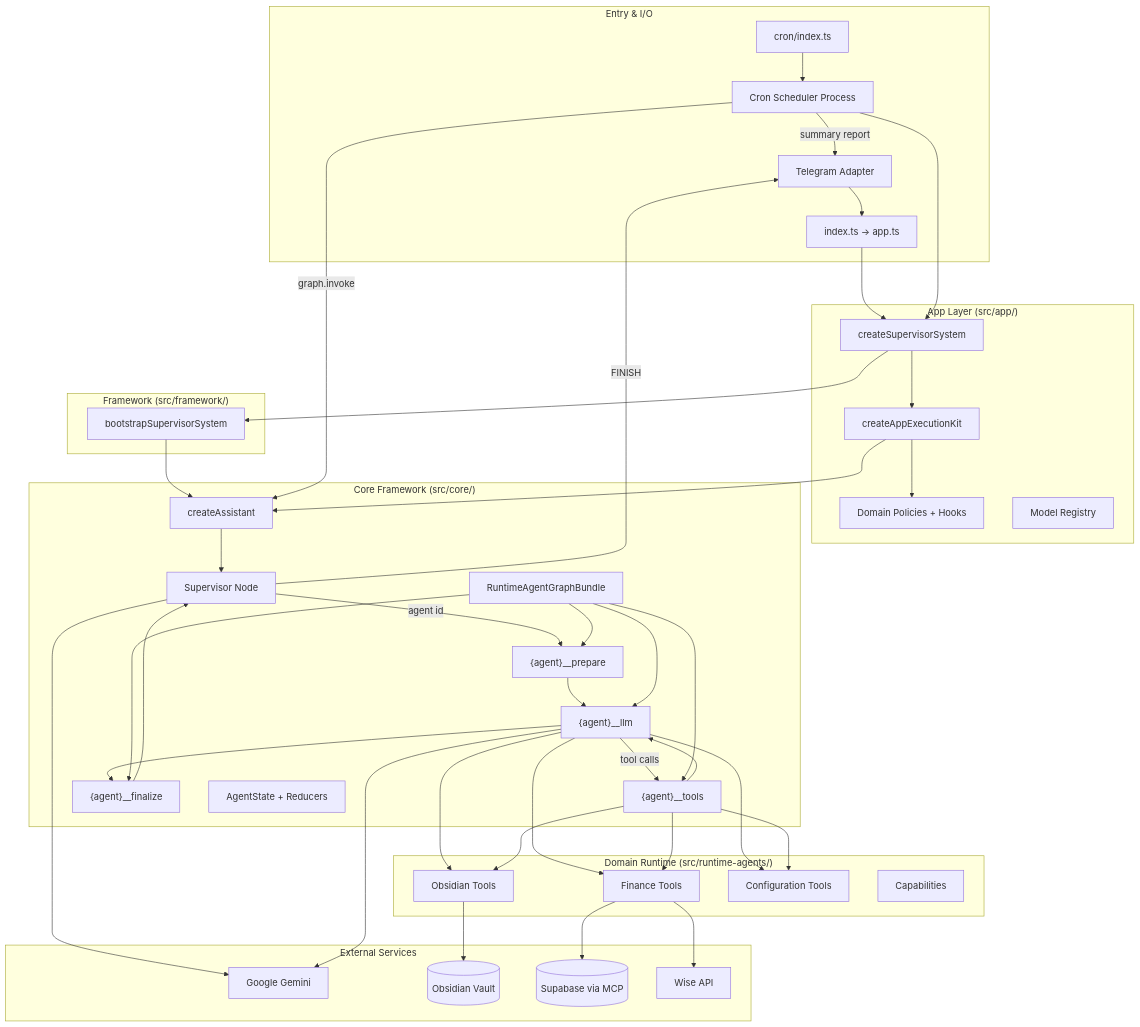
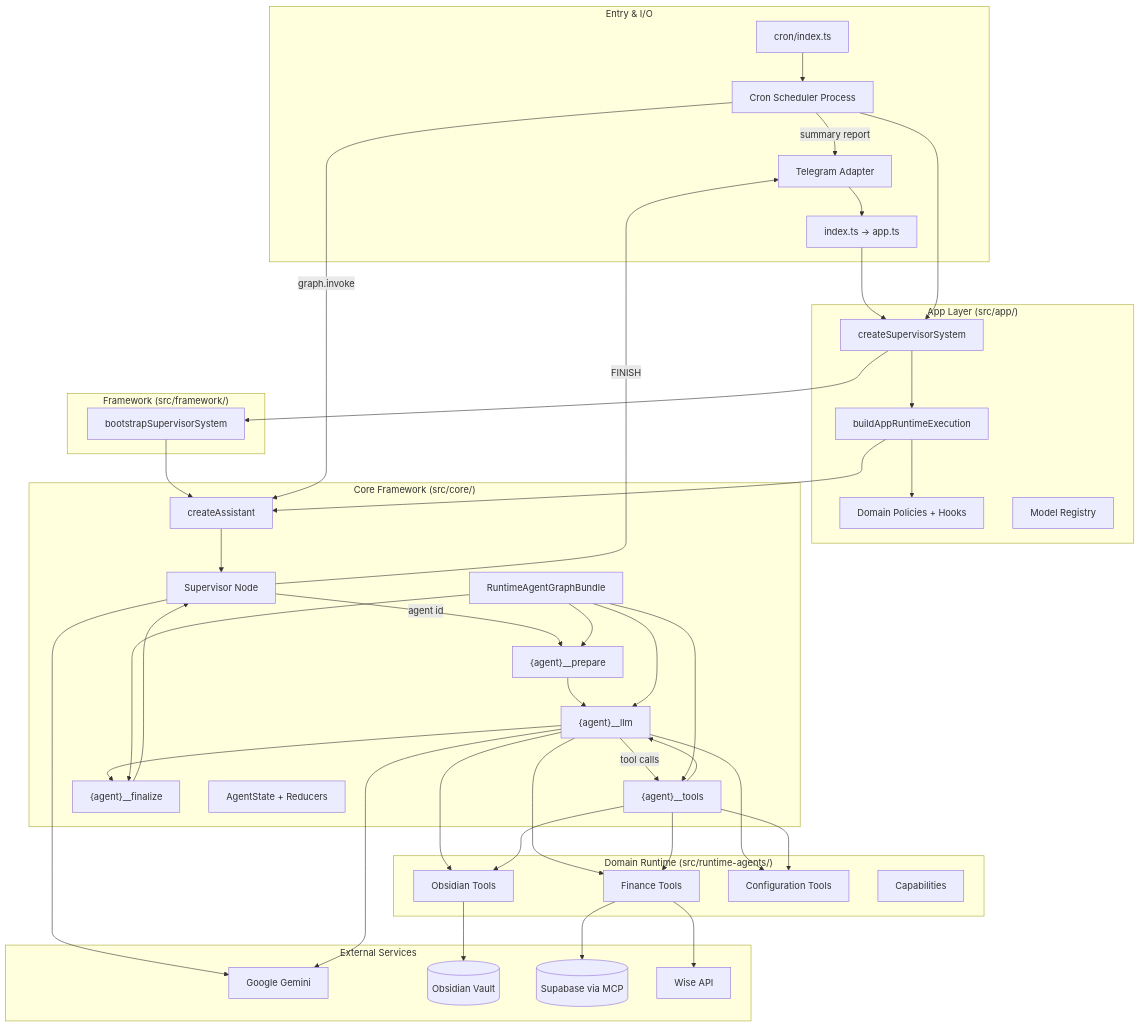
Before and after one commit to slnnzmtl/langgraph-personal-assistant: the first of 2 diagrams in docs/ARCHITECTURE.md, drawn with Mermaid. The commit also changed other lines of this file and 55 other files, not shown here.

````diff
--- a/docs/ARCHITECTURE.md
+++ b/docs/ARCHITECTURE.md
@@ -32,66 +32,66 @@
 ```mermaid
 flowchart TB
     subgraph Entry["Entry & I/O"]
         TG[Telegram Adapter]
         CRON[Cron Scheduler Process]
         IDX[index.ts → app.ts]
         CRIDX[cron/index.ts]
     end
 
     subgraph AppLayer["App Layer (src/app/)"]
         WFC[createSupervisorSystem]
-        KIT[createAppExecutionKit]
+        KIT[buildAppRuntimeExecution]
         POL[Domain Policies + Hooks]
         MR[Model Registry]
     end
 
     subgraph FrameworkLayer["Framework (src/framework/)"]
         BOOT[bootstrapSupervisorSystem]
     end
 
     subgraph Core["Core Framework (src/core/)"]
         CA[createAssistant]
         SUP[Supervisor Node]
         PREP["{agent}__prepare"]
         LLM["{agent}__llm"]
         TOOLS["{agent}__tools"]
         FINN["{agent}__finalize"]
         BUNDLE[RuntimeAgentGraphBundle]
         STATE[AgentState + Reducers]
     end
 
     subgraph Runtime["Domain Runtime (src/runtime-agents/)"]
         FIN[Finance Tools]
         OBS[Obsidian Tools]
         CFG[Configuration Tools]
         BUND[Capabilities]
     end
 
     subgraph External["External Services"]
         GEMINI[Google Gemini]
         VAULT[(Obsidian Vault)]
         SB[(Supabase via MCP)]
         WISE[Wise API]
     end
 
     TG --> IDX --> WFC --> BOOT --> CA
     CRIDX --> CRON
     CRON --> WFC
     CRON -->|graph.invoke| CA
     CRON -->|summary report| TG
     WFC --> KIT --> CA
     KIT --> POL
     CA --> SUP
     SUP -->|agent id| PREP
     PREP --> LLM
     LLM -->|tool calls| TOOLS
     TOOLS --> LLM
     LLM --> FINN
     FINN --> SUP
     SUP -->|FINISH| TG
     BUNDLE --> PREP & LLM & TOOLS & FINN
     LLM & TOOLS --> FIN & OBS & CFG
     FIN --> SB & WISE
     OBS --> VAULT
     SUP & LLM --> GEMINI
 ```
````
